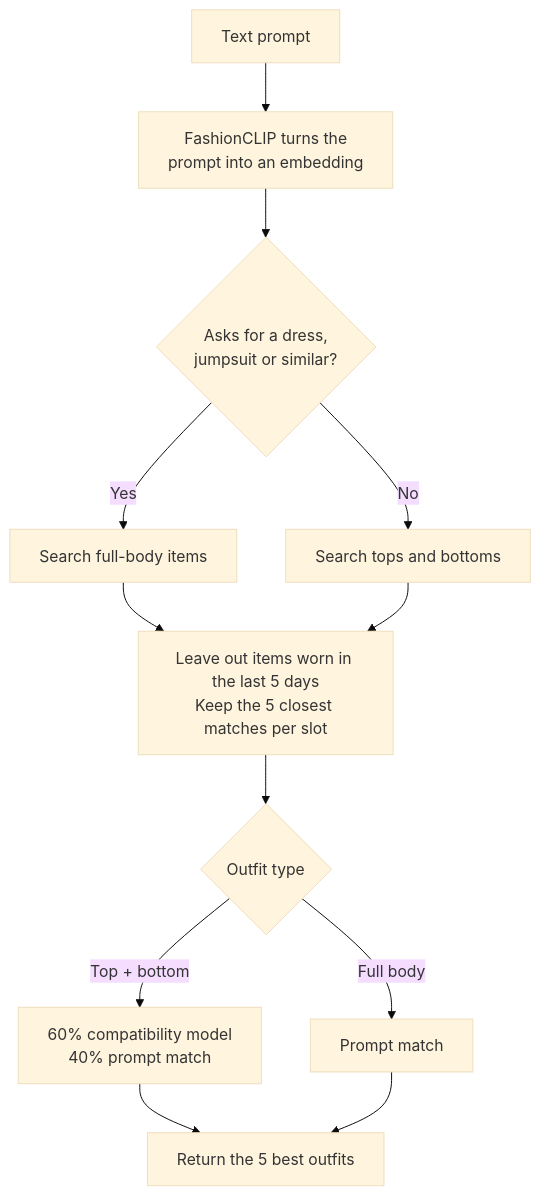
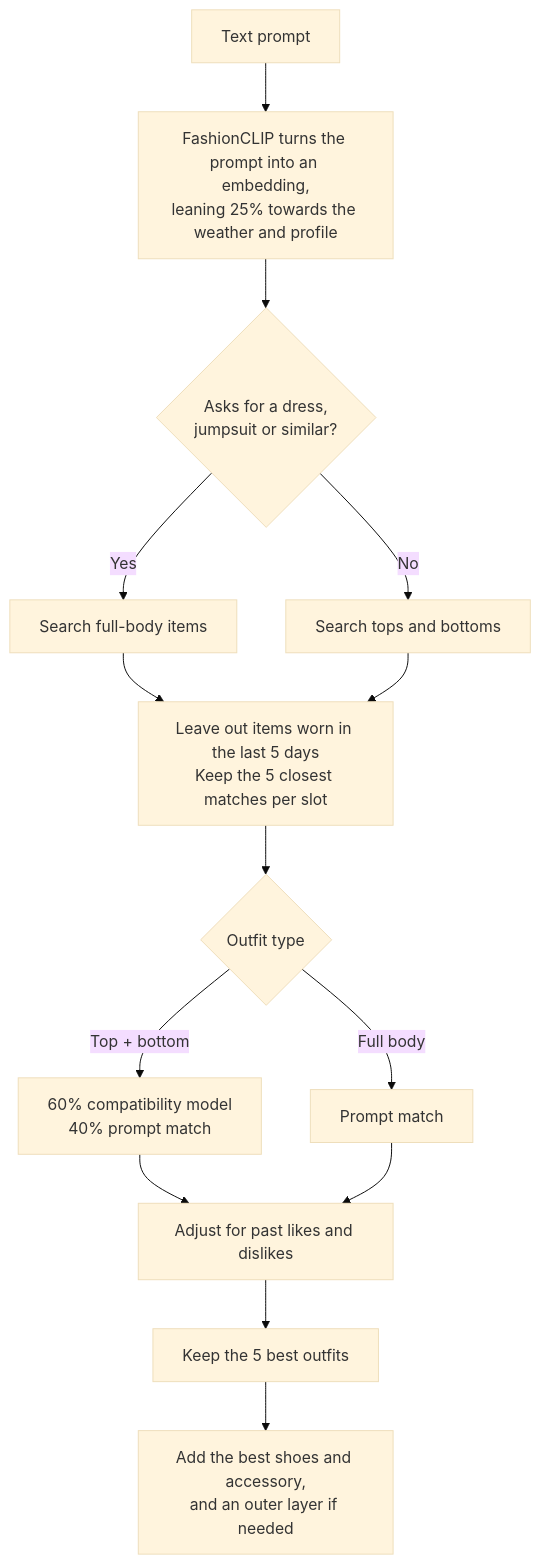
One commit to nithinskumar866/style-matrix changed the third of 5 diagrams in README.md. Above: the diagram before and after it, drawn with Mermaid (base theme). The commit also changed other lines of this file and 7 other files, not shown here.

````diff
--- a/README.md
+++ b/README.md
@@ -140,14 +157,16 @@
 ```mermaid
 flowchart TD
-    A[Text prompt] --> B[FashionCLIP turns the<br/>prompt into an embedding]
+    A[Text prompt] --> B[FashionCLIP turns the prompt into an embedding,<br/>leaning 25% towards the weather and profile]
     B --> C{Asks for a dress,<br/>jumpsuit or similar?}
     C -- Yes --> D[Search full-body items]
     C -- No --> E[Search tops and bottoms]
     D --> F[Leave out items worn in the last 5 days<br/>Keep the 5 closest matches per slot]
     E --> F
     F --> G{Outfit type}
     G -- Top + bottom --> H[60% compatibility model<br/>40% prompt match]
     G -- Full body --> I[Prompt match]
-    H --> J[Return the 5 best outfits]
-    I --> J
+    H --> K[Adjust for past likes and dislikes]
+    I --> K
+    K --> L[Keep the 5 best outfits]
+    L --> J[Add the best shoes and accessory,<br/>and an outer layer if needed]
 ```
````
